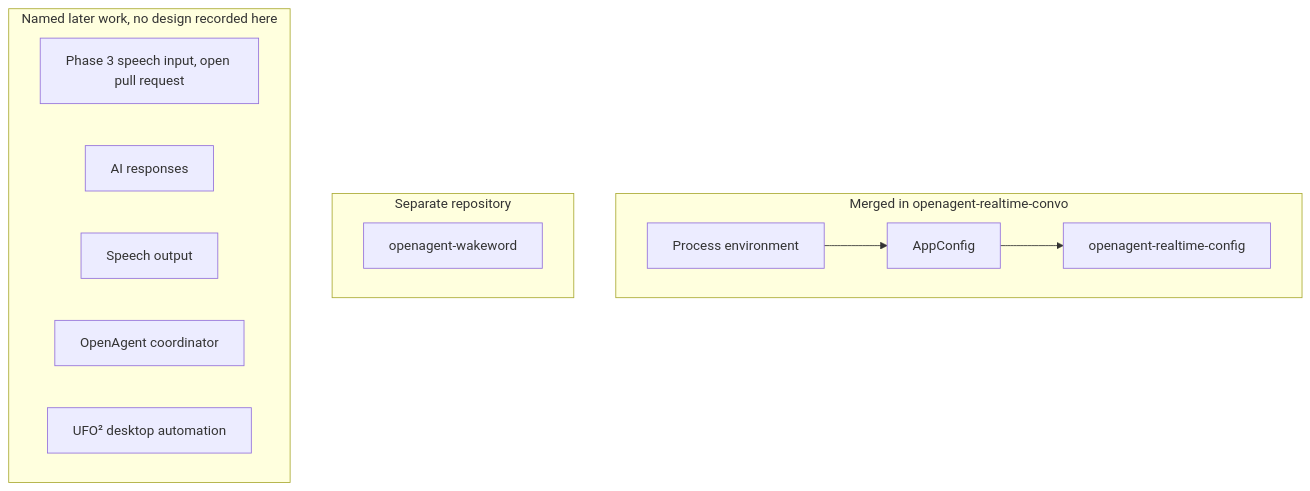
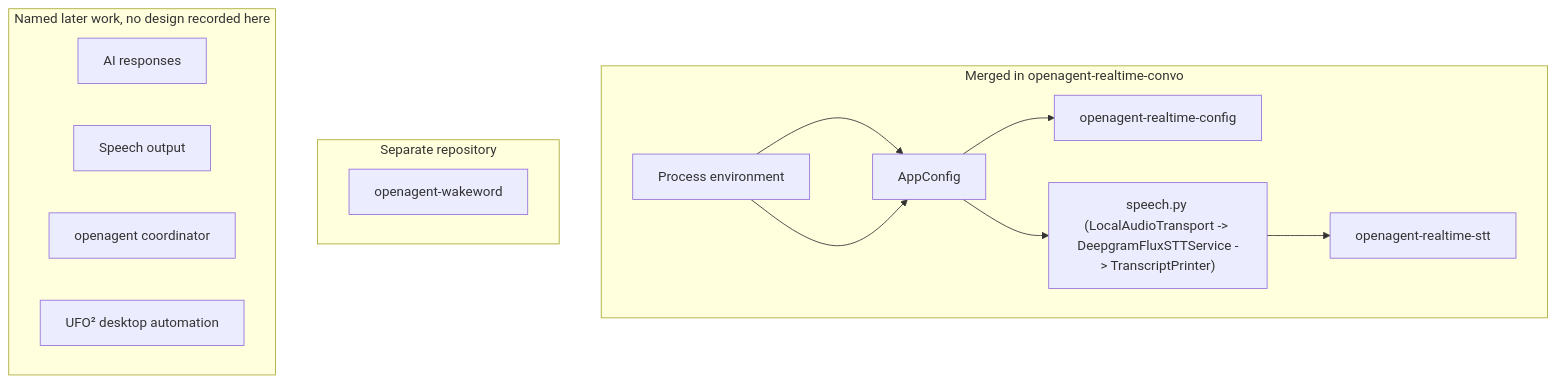
One commit to Sanj1th-M/openagent-realtime-convo changed the diagram in docs/ARCHITECTURE.md. Above: the diagram before and after it, drawn with Mermaid. The commit also changed other lines of this file and 11 other files, not shown here.

````diff
--- a/docs/ARCHITECTURE.md
+++ b/docs/ARCHITECTURE.md
@@ -9,21 +10,23 @@
 ```mermaid
 flowchart TB
   subgraph merged["Merged in openagent-realtime-convo"]
     env["Process environment"]
     config["AppConfig"]
     cli["openagent-realtime-config"]
+    stt["speech.py (LocalAudioTransport -> DeepgramFluxSTTService -> TranscriptPrinter)"]
+    sttCli["openagent-realtime-stt"]
     env --> config --> cli
+    env --> config --> stt --> sttCli
   end
 
   subgraph separate["Separate repository"]
     wake["openagent-wakeword"]
   end
 
   subgraph namedLater["Named later work, no design recorded here"]
-    phase3["Phase 3 speech input, open pull request"]
     replies["AI responses"]
     speechOut["Speech output"]
-    coordinator["OpenAgent coordinator"]
+    coordinator["openagent coordinator"]
     ufo["UFO² desktop automation"]
   end
 ```
````
